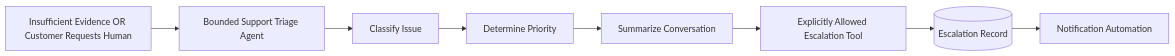
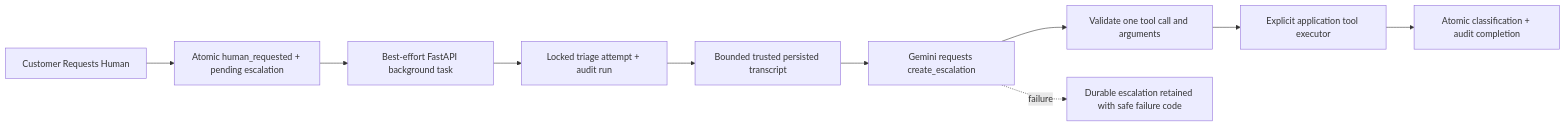
Before and after one commit to TheVJ0000/SupportPilot-AI: the sixth of 7 diagrams in docs/ARCHITECTURE.md, drawn with Mermaid. The commit also changed other lines of this file and 32 other files, not shown here.

Commit message:
Add bounded support triage agent

````diff
--- a/docs/ARCHITECTURE.md
+++ b/docs/ARCHITECTURE.md
@@ -203,10 +203,12 @@
 ```mermaid
 flowchart LR
-    TRIGGER[Insufficient Evidence OR Customer Requests Human] --> AGENT[Bounded Support Triage Agent]
-    AGENT --> CLASSIFY[Classify Issue]
-    CLASSIFY --> PRIORITY[Determine Priority]
-    PRIORITY --> SUMMARY[Summarize Conversation]
-    SUMMARY --> TOOL[Explicitly Allowed Escalation Tool]
-    TOOL --> RECORD[(Escalation Record)]
-    RECORD --> NOTIFY[Notification Automation]
+    HUMAN[Customer Requests Human] --> ATOMIC[Atomic human_requested + pending escalation]
+    ATOMIC --> BACKGROUND[Best-effort FastAPI background task]
+    BACKGROUND --> BEGIN[Locked triage attempt + audit run]
+    BEGIN --> CONTEXT[Bounded trusted persisted transcript]
+    CONTEXT --> AGENT[Gemini requests create_escalation]
+    AGENT --> VALIDATE[Validate one tool call and arguments]
+    VALIDATE --> TOOL[Explicit application tool executor]
+    TOOL --> COMPLETE[Atomic classification + audit completion]
+    AGENT -. failure .-> FAILED[Durable escalation retained with safe failure code]
 ```
````
